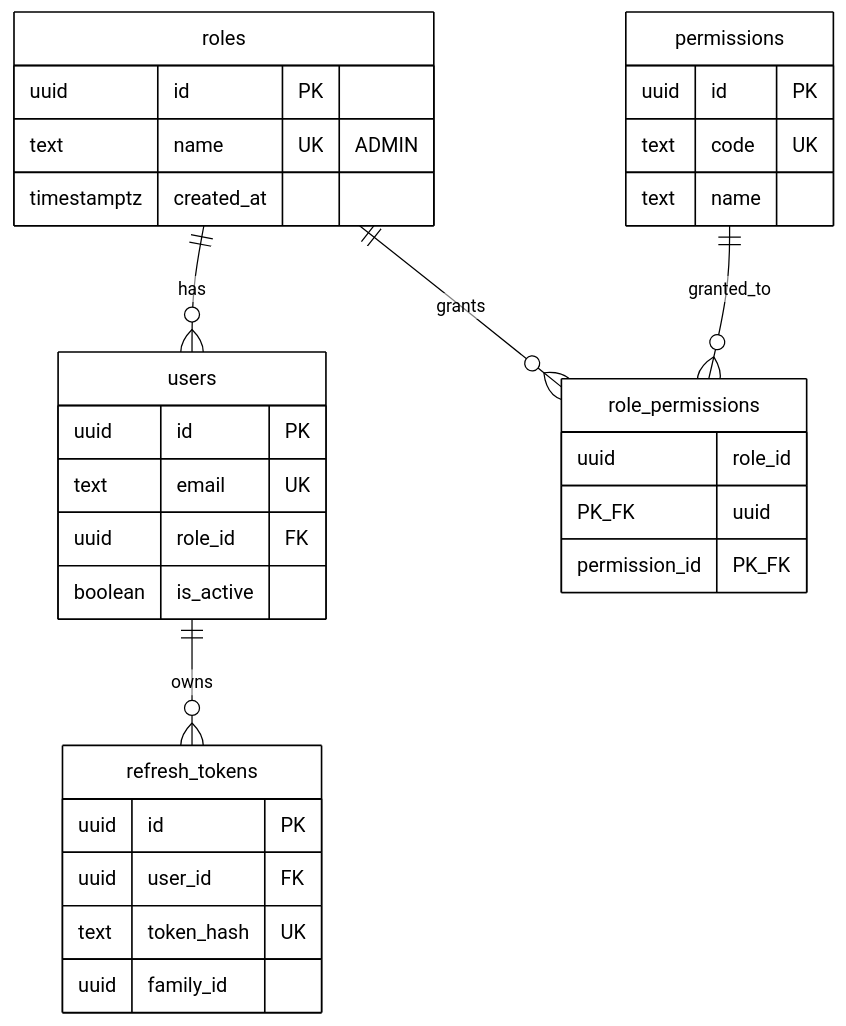
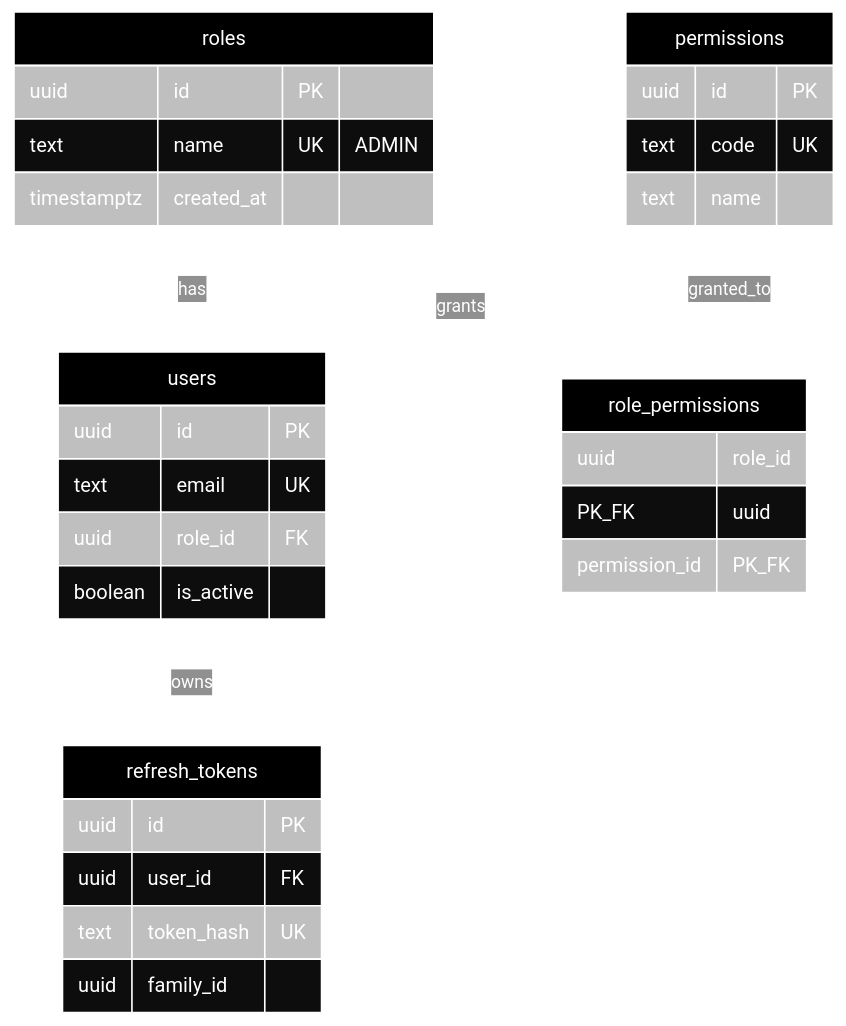
Before and after one commit to yesterdaygrace/Inventra: the first of 3 diagrams in docs/database.md, drawn with Mermaid. The commit also changed other lines of this file, not shown here.

First line of the commit message:
fix(docs): ERD black theme + parse error product-warehouse

````diff
--- a/docs/database.md
+++ b/docs/database.md
@@ -144,34 +144,34 @@
 ```mermaid
-%%{init: {"theme":"base","themeVariables":{"primaryColor":"#ffffff","primaryTextColor":"#000000","primaryBorderColor":"#000000","lineColor":"#000000"}}}%%
+%%{init: {"theme":"base","themeVariables":{"primaryColor":"#000000","primaryTextColor":"#ffffff","primaryBorderColor":"#ffffff","lineColor":"#ffffff","secondaryColor":"#111111","tertiaryColor":"#222222","fontFamily":"monospace"}}}%%
 erDiagram
     roles {
         uuid id PK
         text name UK "ADMIN"
         timestamptz created_at
     }
     permissions {
         uuid id PK
         text code UK
         text name
     }
     role_permissions {
         uuid role_id PK_FK
         uuid permission_id PK_FK
     }
     users {
         uuid id PK
         text email UK
         uuid role_id FK
         boolean is_active
     }
     refresh_tokens {
         uuid id PK
         uuid user_id FK
         text token_hash UK
         uuid family_id
     }
     roles ||--o{ users : has
     roles ||--o{ role_permissions : grants
     permissions ||--o{ role_permissions : granted_to
     users ||--o{ refresh_tokens : owns
 ```
````
